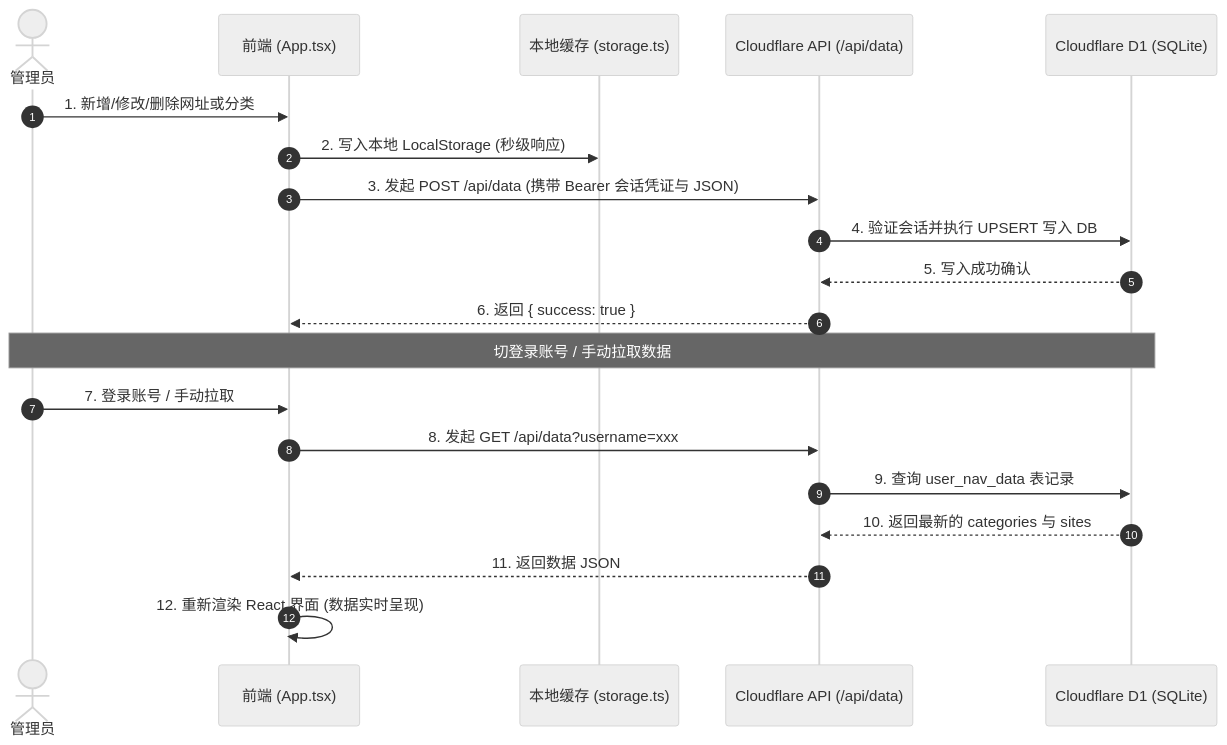
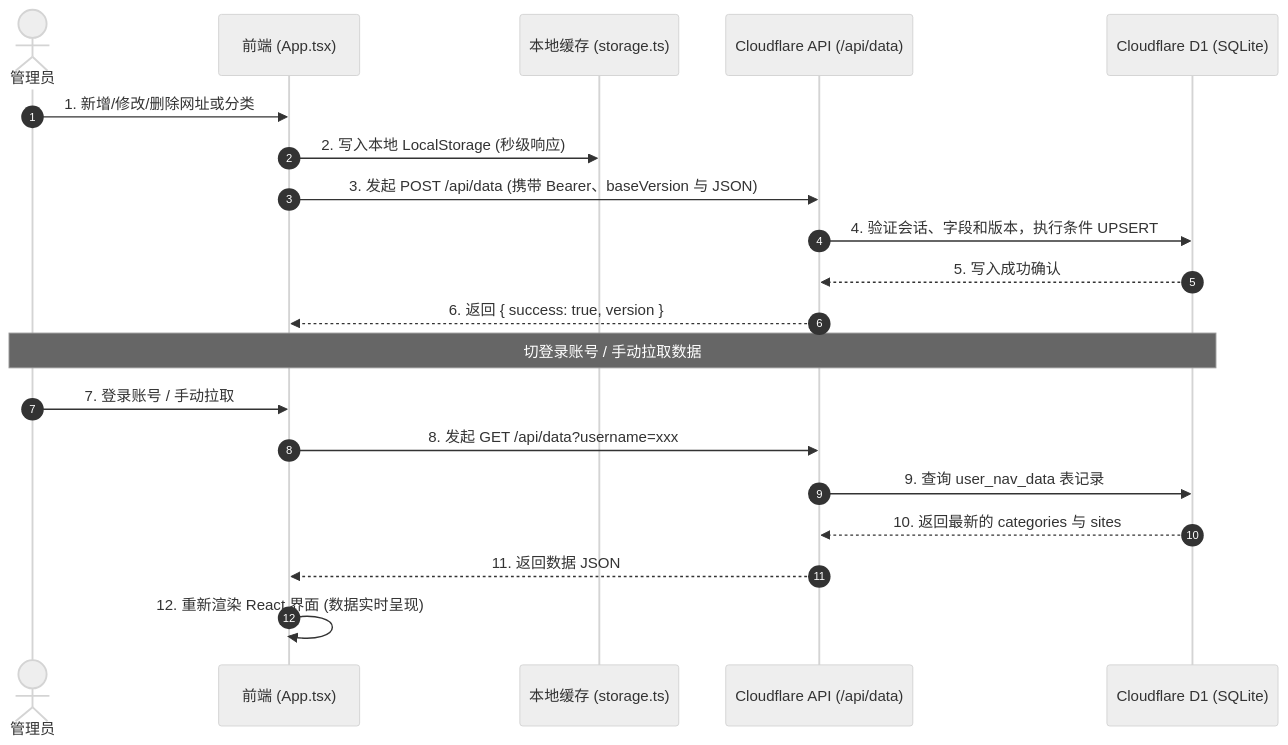
One commit to nianshu2022/ApexNav changed the diagram in README.md. Above: the diagram before and after it, drawn with Mermaid (neutral theme). The commit also changed other lines of this file and 39 other files, not shown here.

````diff
--- a/README.md
+++ b/README.md
@@ -39,24 +39,24 @@
 ```mermaid
 sequenceDiagram
     autonumber
     actor Admin as 管理员
     participant UI as 前端 (App.tsx)
     participant Store as 本地缓存 (storage.ts)
     participant Edge as Cloudflare API (/api/data)
     participant D1 as Cloudflare D1 (SQLite)
 
     Admin->>UI: 1. 新增/修改/删除网址或分类
     UI->>Store: 2. 写入本地 LocalStorage (秒级响应)
-    UI->>Edge: 3. 发起 POST /api/data (携带 Bearer 会话凭证与 JSON)
-    Edge->>D1: 4. 验证会话并执行 UPSERT 写入 DB
+    UI->>Edge: 3. 发起 POST /api/data (携带 Bearer、baseVersion 与 JSON)
+    Edge->>D1: 4. 验证会话、字段和版本，执行条件 UPSERT
     D1-->>Edge: 5. 写入成功确认
-    Edge-->>UI: 6. 返回 { success: true }
+    Edge-->>UI: 6. 返回 { success: true, version }
 
     Note over Admin, D1: 切登录账号 / 手动拉取数据
     Admin->>UI: 7. 登录账号 / 手动拉取
     UI->>Edge: 8. 发起 GET /api/data?username=xxx
     Edge->>D1: 9. 查询 user_nav_data 表记录
     D1-->>Edge: 10. 返回最新的 categories 与 sites
     Edge-->>UI: 11. 返回数据 JSON
     UI->>UI: 12. 重新渲染 React 界面 (数据实时呈现)
 ```
````
